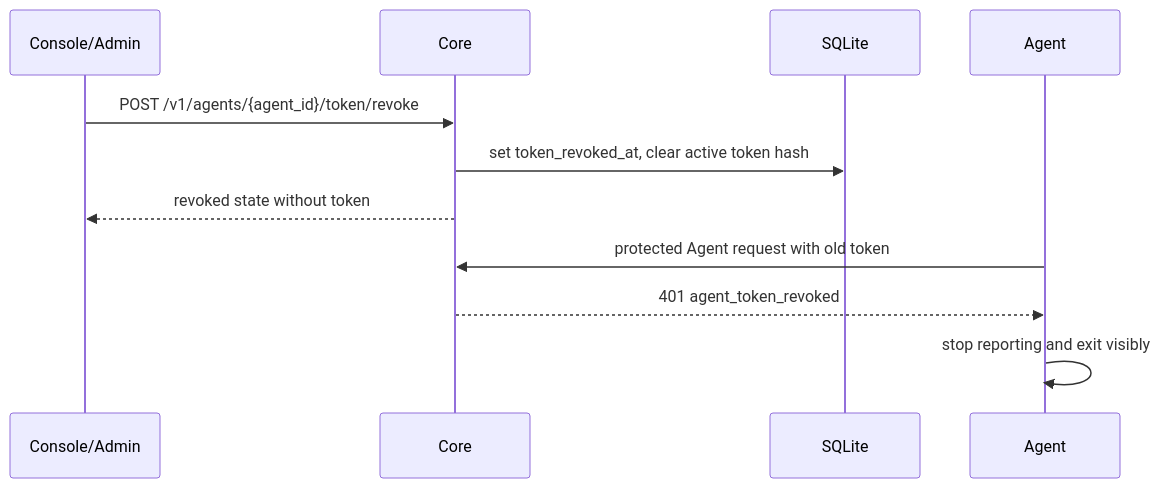
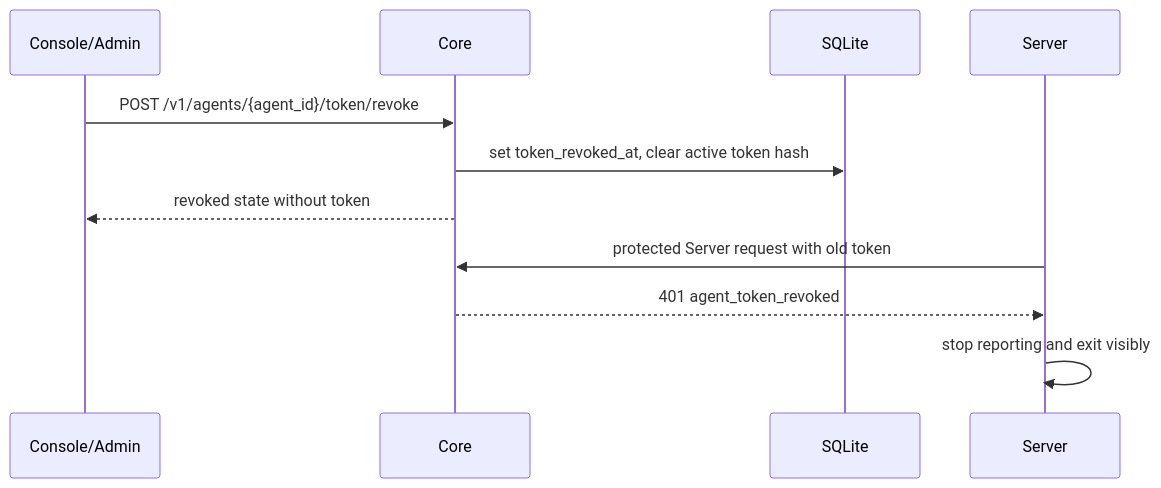
The third of 3 diagrams in docs/architecture/agent-token-lifecycle.md (sunday-studio/orion), drawn with Mermaid before and after one commit. The commit also changed other lines of this file and 72 other files, not shown here.

````diff
--- a/docs/architecture/agent-token-lifecycle.md
+++ b/docs/architecture/agent-token-lifecycle.md
@@ -143,14 +143,14 @@
 ```mermaid
 sequenceDiagram
   participant Admin as Console/Admin
   participant Core
   participant DB as SQLite
-  participant Agent
+  participant Server
 
   Admin->>Core: POST /v1/agents/{agent_id}/token/revoke
   Core->>DB: set token_revoked_at, clear active token hash
   Core-->>Admin: revoked state without token
-  Agent->>Core: protected Agent request with old token
-  Core-->>Agent: 401 agent_token_revoked
-  Agent->>Agent: stop reporting and exit visibly
+  Server->>Core: protected Server request with old token
+  Core-->>Server: 401 agent_token_revoked
+  Server->>Server: stop reporting and exit visibly
 ```
````
